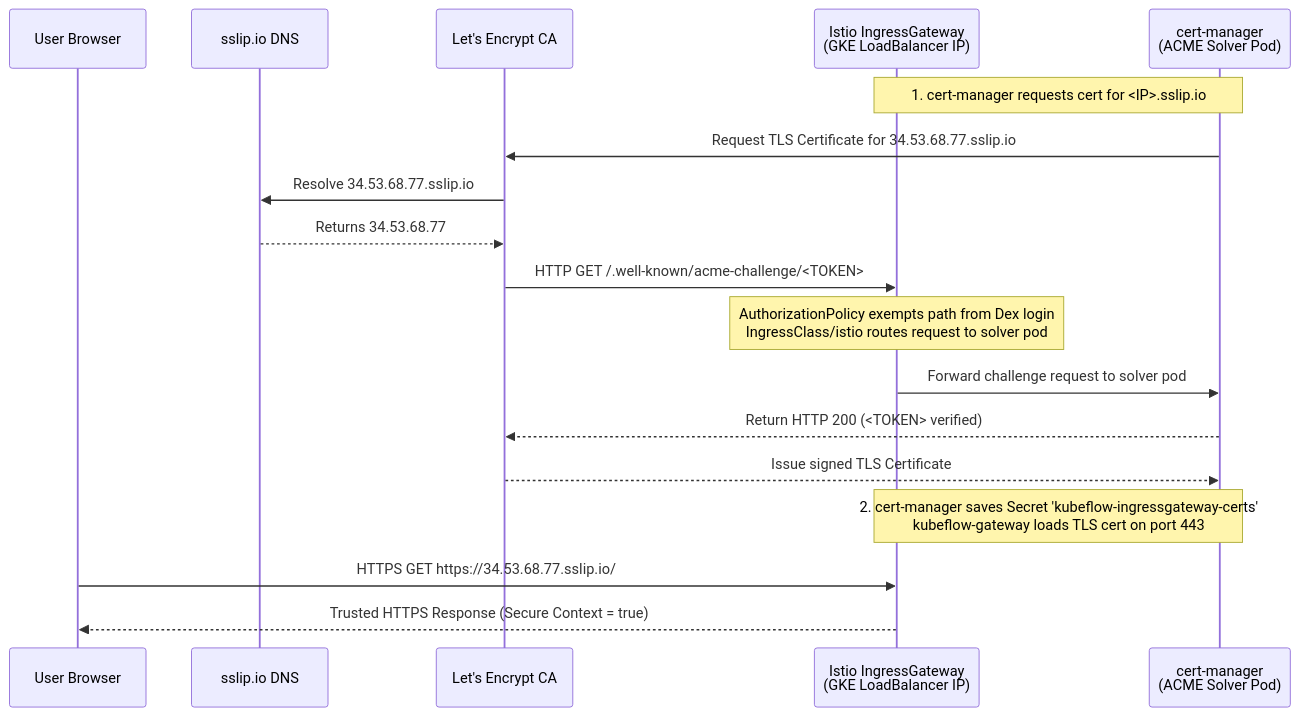
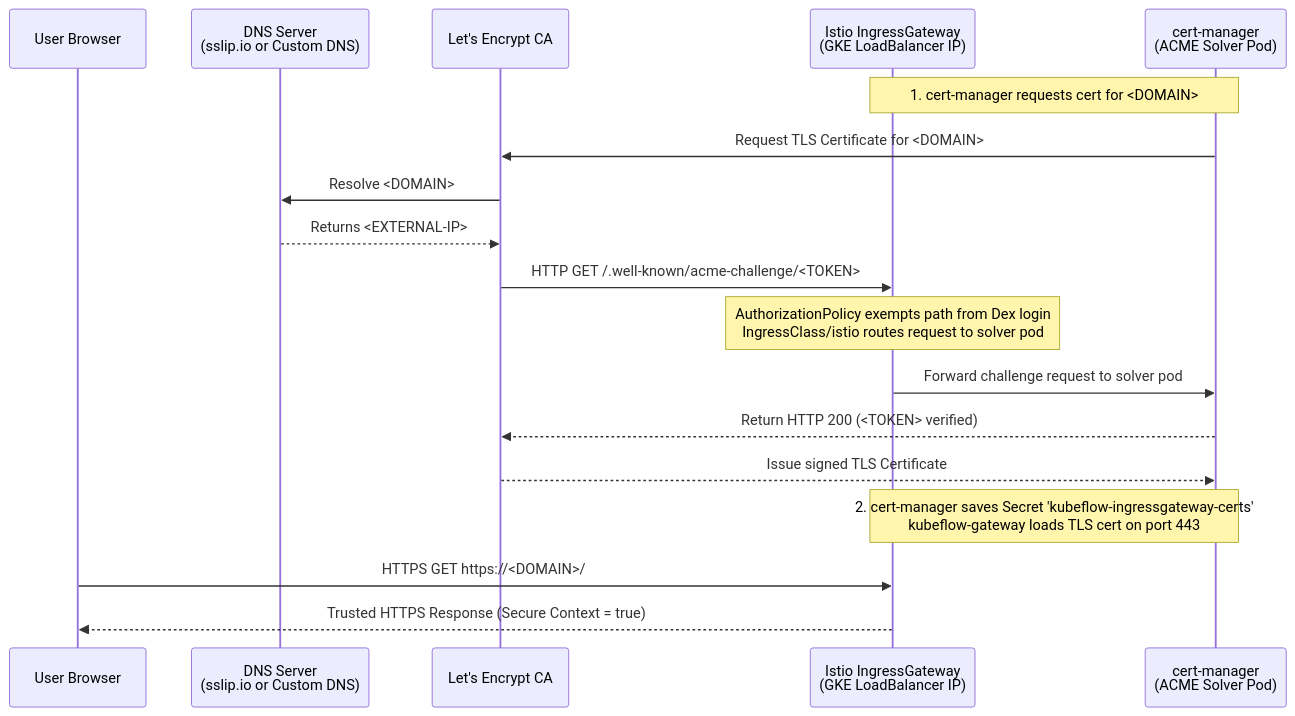
One commit to siyuanfoundation/kubeflow-notebooks changed the diagram in gke/gke_deployment_guide_standard.md. Above: the diagram before and after it, drawn with Mermaid. The commit also changed other lines of this file and 2 other files, not shown here.

Commit message:
add dns instructions

````diff
--- a/gke/gke_deployment_guide_standard.md
+++ b/gke/gke_deployment_guide_standard.md
@@ -463,21 +531,21 @@
 ```mermaid
 sequenceDiagram
     participant User as User Browser
-    participant DNS as sslip.io DNS
+    participant DNS as DNS Server<br/>(sslip.io or Custom DNS)
     participant LE as Let's Encrypt CA
     participant IGW as Istio IngressGateway<br/>(GKE LoadBalancer IP)
     participant CM as cert-manager<br/>(ACME Solver Pod)
 
-    Note over IGW,CM: 1. cert-manager requests cert for <IP>.sslip.io
-    CM->>LE: Request TLS Certificate for 34.53.68.77.sslip.io
-    LE->>DNS: Resolve 34.53.68.77.sslip.io
-    DNS-->>LE: Returns 34.53.68.77
+    Note over IGW,CM: 1. cert-manager requests cert for <DOMAIN>
+    CM->>LE: Request TLS Certificate for <DOMAIN>
+    LE->>DNS: Resolve <DOMAIN>
+    DNS-->>LE: Returns <EXTERNAL-IP>
     LE->>IGW: HTTP GET /.well-known/acme-challenge/<TOKEN>
     Note over IGW: AuthorizationPolicy exempts path from Dex login<br/>IngressClass/istio routes request to solver pod
     IGW->>CM: Forward challenge request to solver pod
     CM-->>LE: Return HTTP 200 (<TOKEN> verified)
     LE-->>CM: Issue signed TLS Certificate
     Note over IGW,CM: 2. cert-manager saves Secret 'kubeflow-ingressgateway-certs'<br/>kubeflow-gateway loads TLS cert on port 443
-    User->>IGW: HTTPS GET https://34.53.68.77.sslip.io/
+    User->>IGW: HTTPS GET https://<DOMAIN>/
     IGW-->>User: Trusted HTTPS Response (Secure Context = true)
 ```
````
